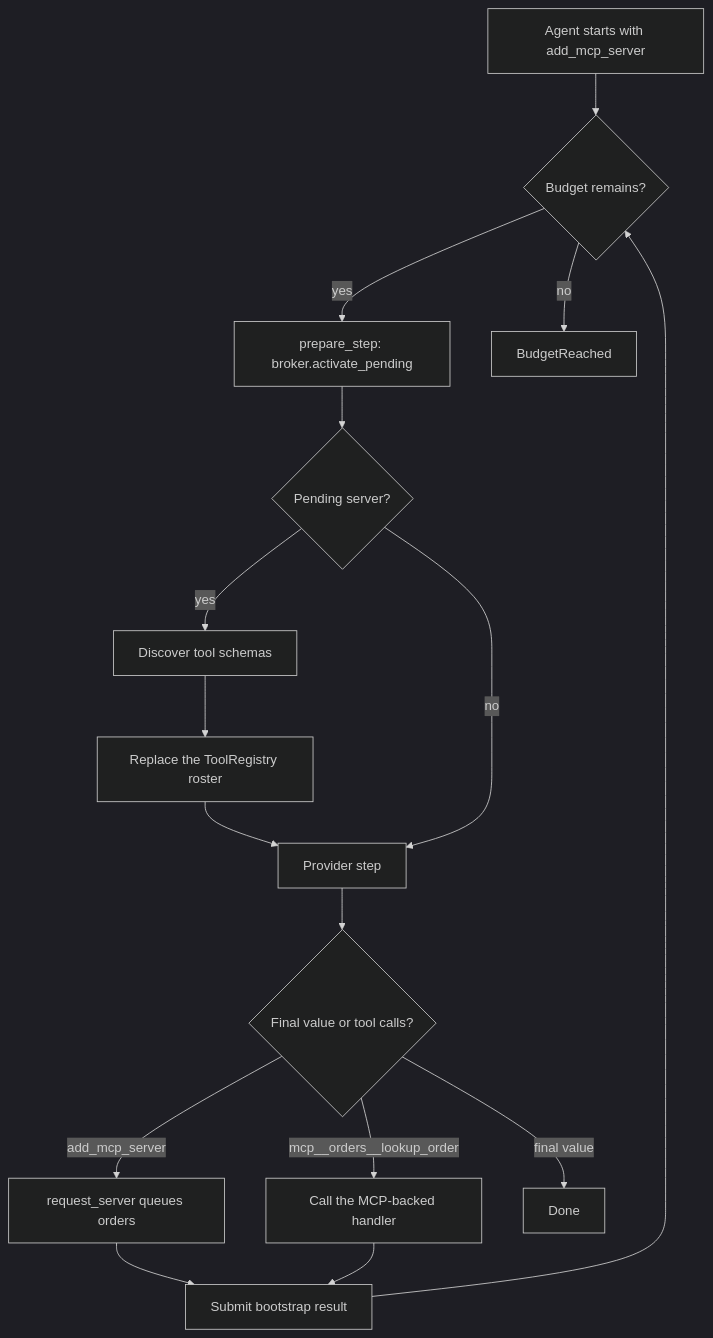
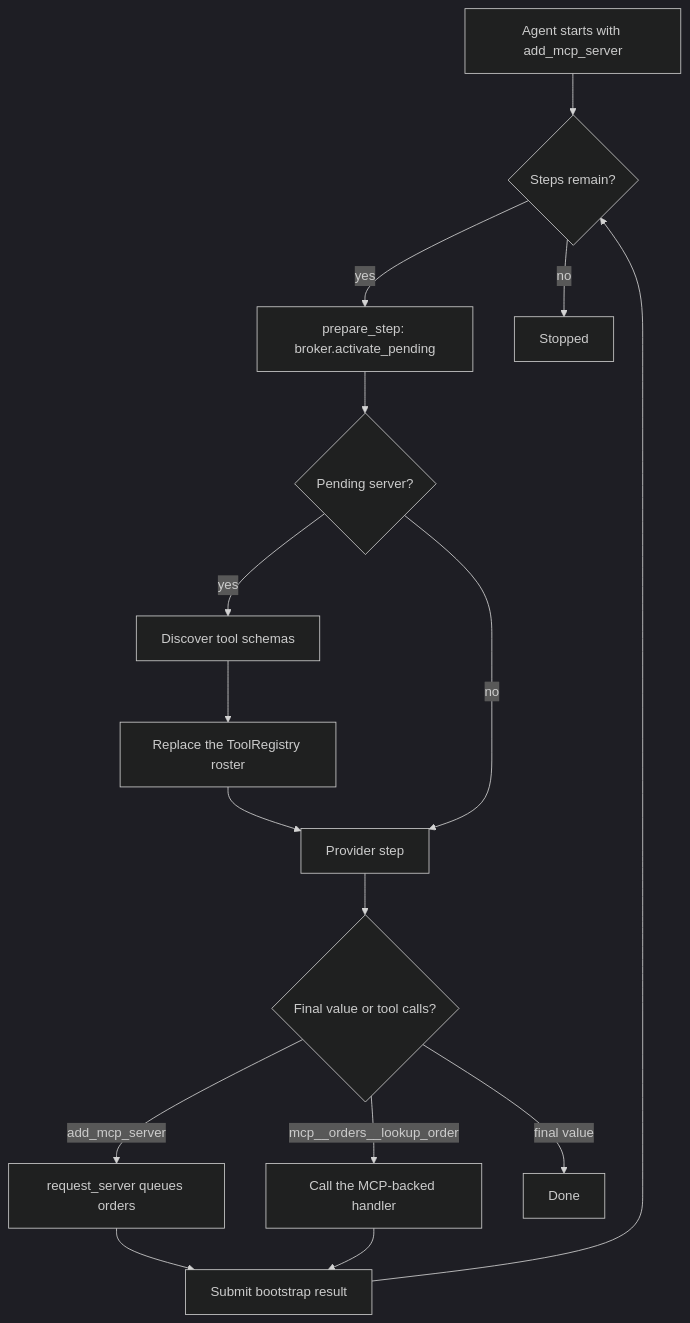
Before and after one commit to BoundaryML/baml: the first of 2 diagrams in baml_language/_plan/bepv4/pages/dynamic-tools-and-mcp.md, drawn with Mermaid (dark theme). The commit also changed other lines of this file and 169 other files, not shown here.

````diff
--- a/baml_language/_plan/bepv4/pages/dynamic-tools-and-mcp.md
+++ b/baml_language/_plan/bepv4/pages/dynamic-tools-and-mcp.md
@@ -143,18 +142,18 @@
 ```mermaid
 flowchart TD
-  agent["Agent starts with add_mcp_server"] --> budget{"Budget remains?"}
-  budget -->|yes| prepare["prepare_step: broker.activate_pending"]
+  agent["Agent starts with add_mcp_server"] --> limit{"Steps remain?"}
+  limit -->|yes| prepare["prepare_step: broker.activate_pending"]
   prepare --> roster{"Pending server?"}
   roster -->|yes| discover["Discover tool schemas"]
   discover --> registry["Replace the ToolRegistry roster"]
   registry --> model["Provider step"]
   roster -->|no| model
   model --> result{"Final value or tool calls?"}
   result -->|add_mcp_server| connect["request_server queues orders"]
   connect --> submit["Submit bootstrap result"]
   result -->|mcp__orders__lookup_order| mcp["Call the MCP-backed handler"]
   mcp --> submit
-  submit --> budget
+  submit --> limit
   result -->|final value| done["Done<Resolution>"]
-  budget -->|no| stopped["BudgetReached"]
+  limit -->|no| stopped["Stopped"]
 ```
````
